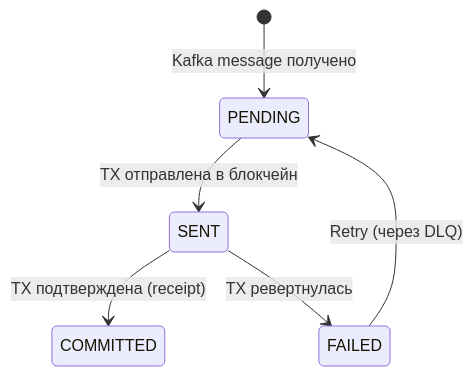
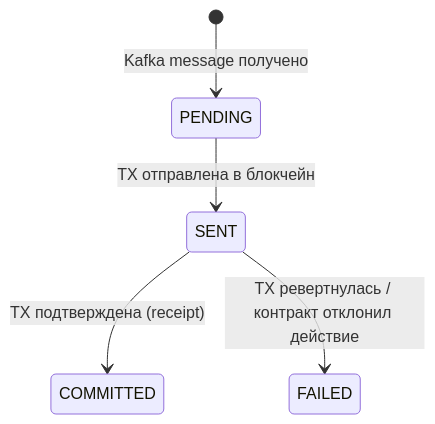
Before and after one commit to oglenyaboss/avalanche-wms: diagram 12 of 12 in docs/data-model/entity-lifecycle.md, drawn with Mermaid. The commit also changed other lines of this file and 10 other files, not shown here.

````diff
--- a/docs/data-model/entity-lifecycle.md
+++ b/docs/data-model/entity-lifecycle.md
@@ -191,8 +255,7 @@
 ```mermaid
 stateDiagram-v2
     [*] --> PENDING : Kafka message получено
     PENDING --> SENT : TX отправлена в блокчейн
     SENT --> COMMITTED : TX подтверждена (receipt)
-    SENT --> FAILED : TX ревертнулась
-    FAILED --> PENDING : Retry (через DLQ)
+    SENT --> FAILED : TX ревертнулась / контракт отклонил действие
 ```
````
